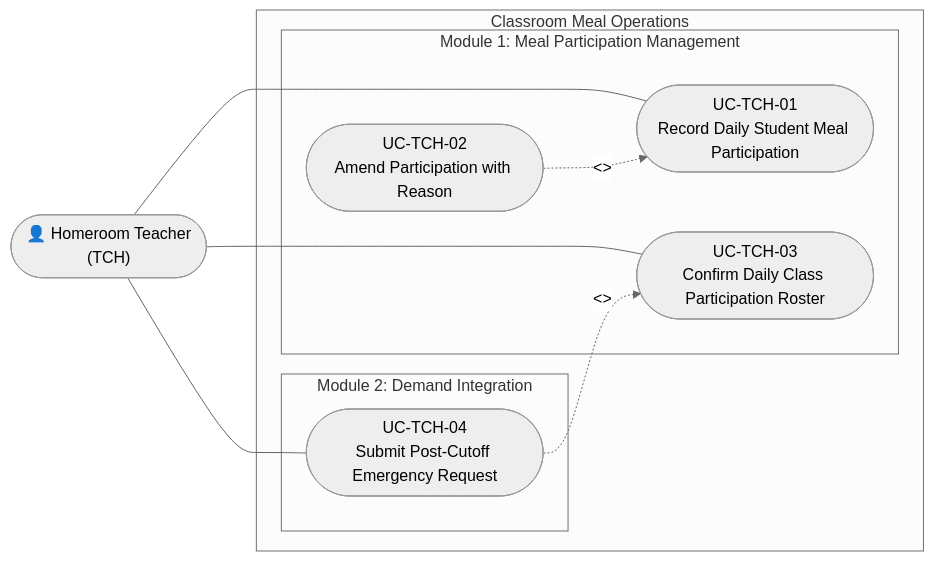
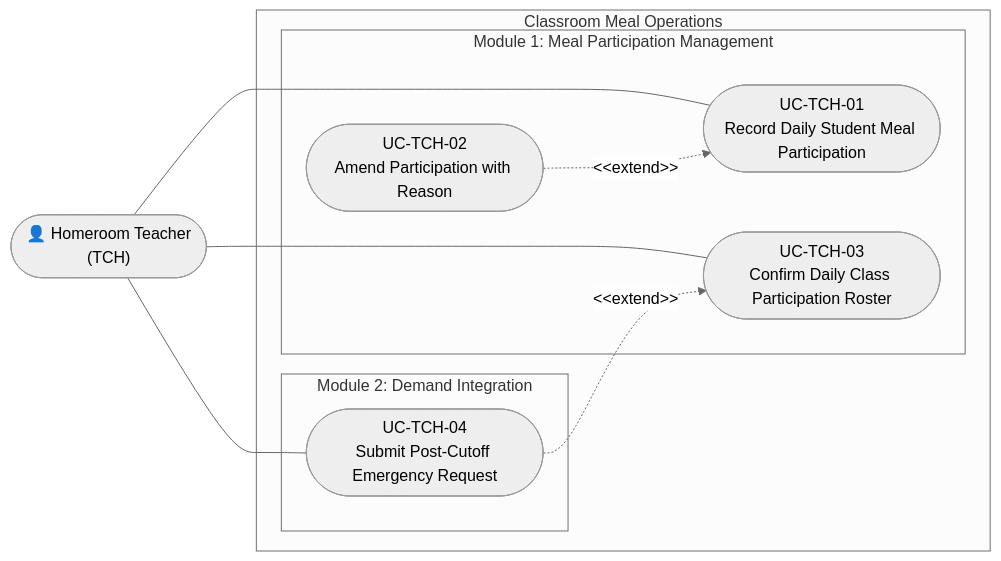
Before and after one commit to Bernie-TruongTQ/PRIMARY_SCHOOL_SEMI-BOARDING_MEAL_MANAGEMENT_SYSTEM: the diagram in docs/03-roles-usecases/usecase-teacher.md, drawn with Mermaid (neutral theme). The commit also changed 3 other files, not shown here.

````diff
--- a/docs/03-roles-usecases/usecase-teacher.md
+++ b/docs/03-roles-usecases/usecase-teacher.md
@@ -13,23 +13,23 @@
 ```mermaid
 flowchart LR
     TCH(["👤 Homeroom Teacher\n(TCH)"])
 
     subgraph SYSTEM["Classroom Meal Operations"]
         subgraph MOD1["Module 1: Meal Participation Management"]
             UC1(["UC-TCH-01\nRecord Daily Student Meal Participation"])
             UC2(["UC-TCH-02\nAmend Participation with Reason"])
             UC3(["UC-TCH-03\nConfirm Daily Class Participation Roster"])
         end
 
         subgraph MOD2["Module 2: Demand Integration"]
             UC4(["UC-TCH-04\nSubmit Post-Cutoff Emergency Request"])
         end
     end
 
     TCH --- UC1
     TCH --- UC3
     TCH --- UC4
 
-    UC2 -.->|"<<extend>>"| UC1
-    UC4 -.->|"<<extend>>"| UC3
+    UC2 -.->|"&lt;&lt;extend&gt;&gt;"| UC1
+    UC4 -.->|"&lt;&lt;extend&gt;&gt;"| UC3
 ```
````
